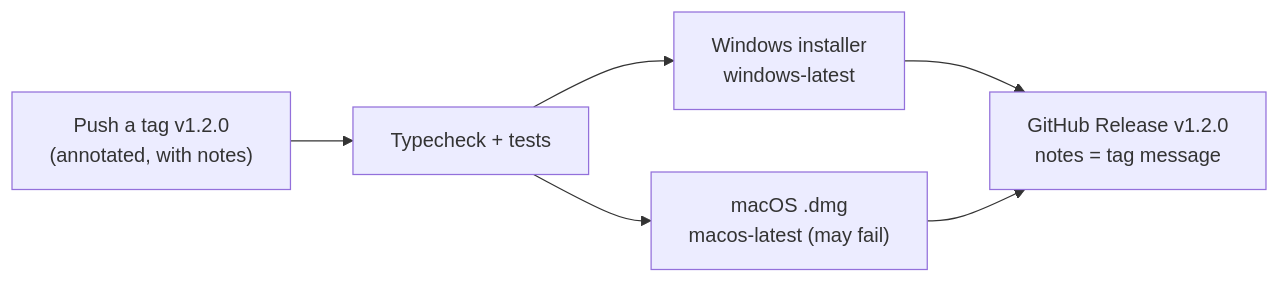
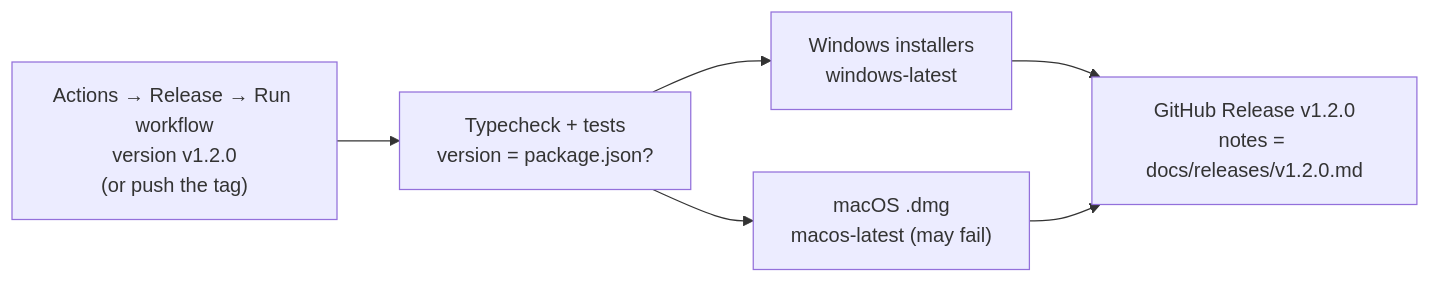
Before and after one commit to nsfxu/lan-screenshare: the second of 2 diagrams in docs/en-US/development.md, drawn with Mermaid. The commit also changed other lines of this file and 3 other files, not shown here.

First line of the commit message:
Start releases from the Actions tab and keep notes in the repo (#1)

````diff
--- a/docs/en-US/development.md
+++ b/docs/en-US/development.md
@@ -152,8 +152,8 @@
 ```mermaid
 flowchart LR
-  T["Push a tag v1.2.0<br/>(annotated, with notes)"] --> C["Typecheck + tests"]
-  C --> W["Windows installer<br/>windows-latest"]
+  S["Actions → Release → Run workflow<br/>version v1.2.0<br/>(or push the tag)"] --> C["Typecheck + tests<br/>version = package.json?"]
+  C --> W["Windows installers<br/>windows-latest"]
   C --> M["macOS .dmg<br/>macos-latest (may fail)"]
-  W --> R["GitHub Release v1.2.0<br/>notes = tag message"]
+  W --> R["GitHub Release v1.2.0<br/>notes = docs/releases/v1.2.0.md"]
   M --> R
 ```
````
